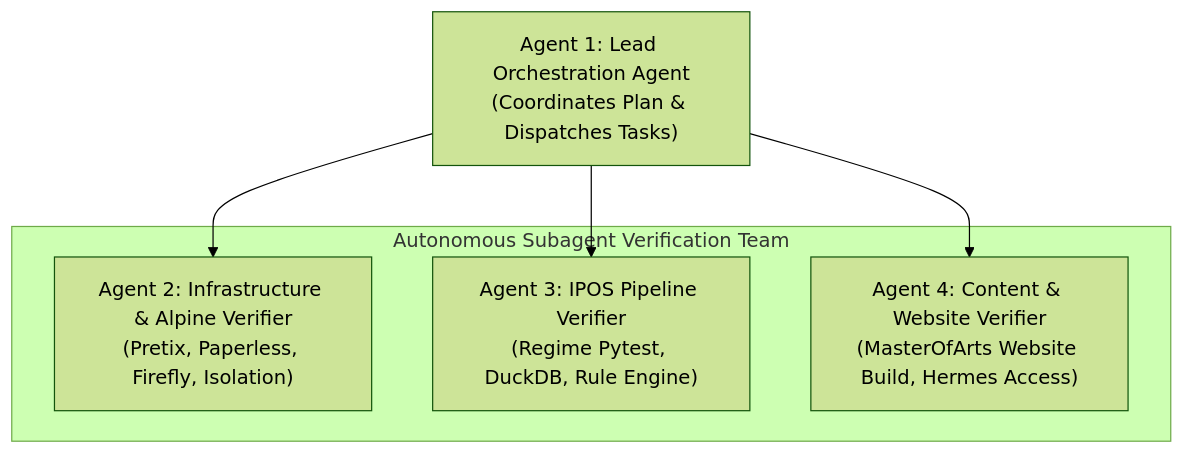
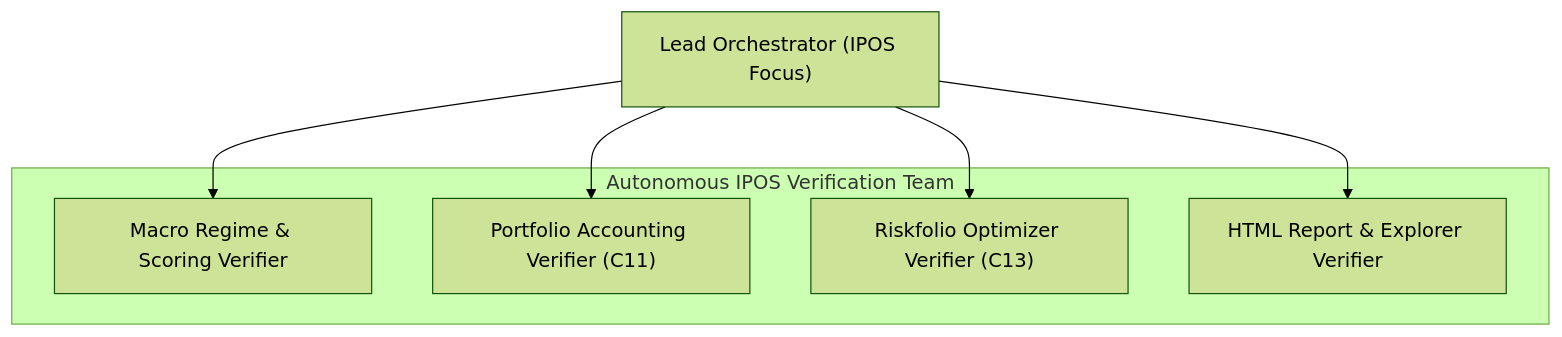
The second of 2 diagrams in 05_blueprint/research/2026-08-28-modular-rebuild/HANDOVER_AUTOMATION_TESTS.md (leela-spec/Investment), drawn with Mermaid (forest theme) before and after one commit. The commit also changed other lines of this file and 3 other files, not shown here.

````diff
--- a/05_blueprint/research/2026-08-28-modular-rebuild/HANDOVER_AUTOMATION_TESTS.md
+++ b/05_blueprint/research/2026-08-28-modular-rebuild/HANDOVER_AUTOMATION_TESTS.md
@@ -135,18 +140,16 @@
 ```mermaid
 flowchart TD
-    LeadAgent["Agent 1: Lead Orchestration Agent
-(Coordinates Plan & Dispatches Tasks)"]
+    LeadAgent["Lead Orchestrator (IPOS Focus)"]
     
-    subgraph Verification_Agents ["Autonomous Subagent Verification Team"]
-        InfraAgent["Agent 2: Infrastructure & Alpine Verifier
-(Pretix, Paperless, Firefly, Isolation)"]
-        IPOSAgent["Agent 3: IPOS Pipeline Verifier
-(Regime Pytest, DuckDB, Rule Engine)"]
-        ContentAgent["Agent 4: Content & Website Verifier
-(MasterOfArts Website Build, Hermes Access)"]
+    subgraph IPOS_Verification_Agents ["Autonomous IPOS Verification Team"]
+        MacroAgent["Macro Regime & Scoring Verifier"]
+        NormalizerAgent["Portfolio Accounting Verifier (C11)"]
+        OptimizerAgent["Riskfolio Optimizer Verifier (C13)"]
+        ReportingAgent["HTML Report & Explorer Verifier"]
     end
 
-    LeadAgent --> InfraAgent
-    LeadAgent --> IPOSAgent
-    LeadAgent --> ContentAgent
+    LeadAgent --> MacroAgent
+    LeadAgent --> NormalizerAgent
+    LeadAgent --> OptimizerAgent
+    LeadAgent --> ReportingAgent
 ```
````
